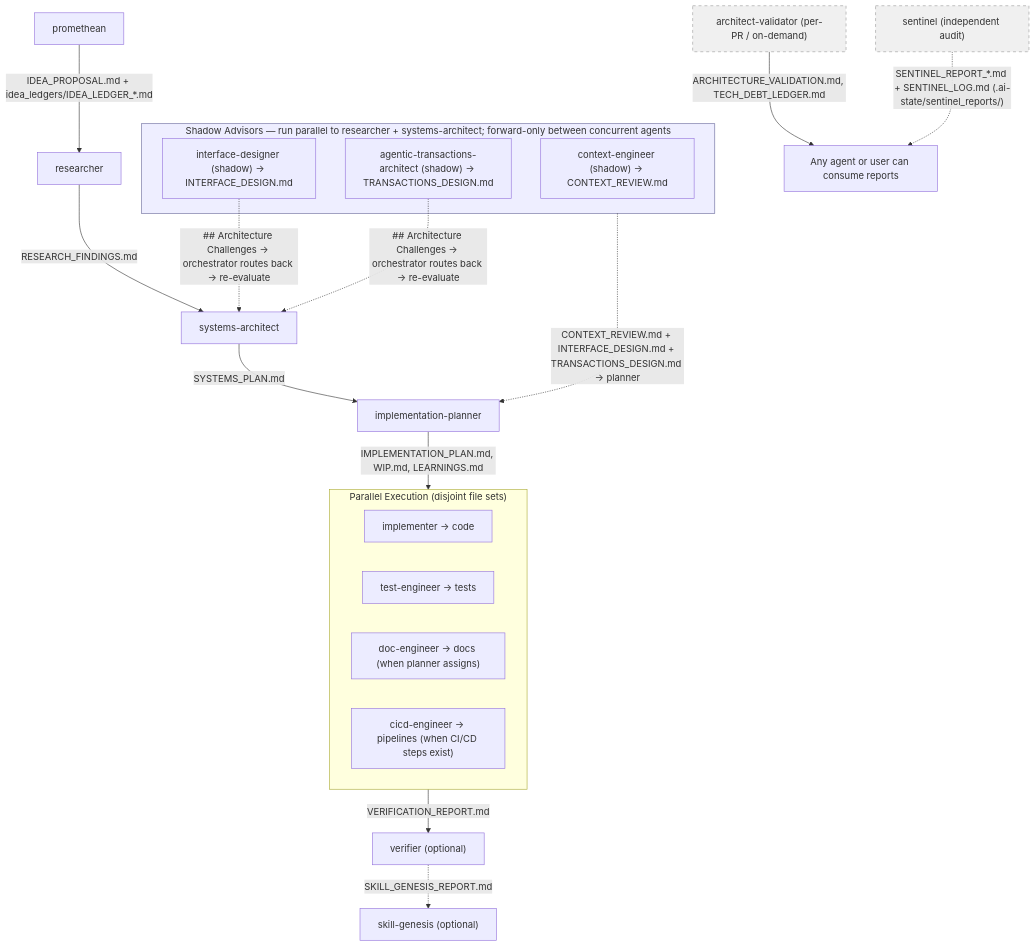
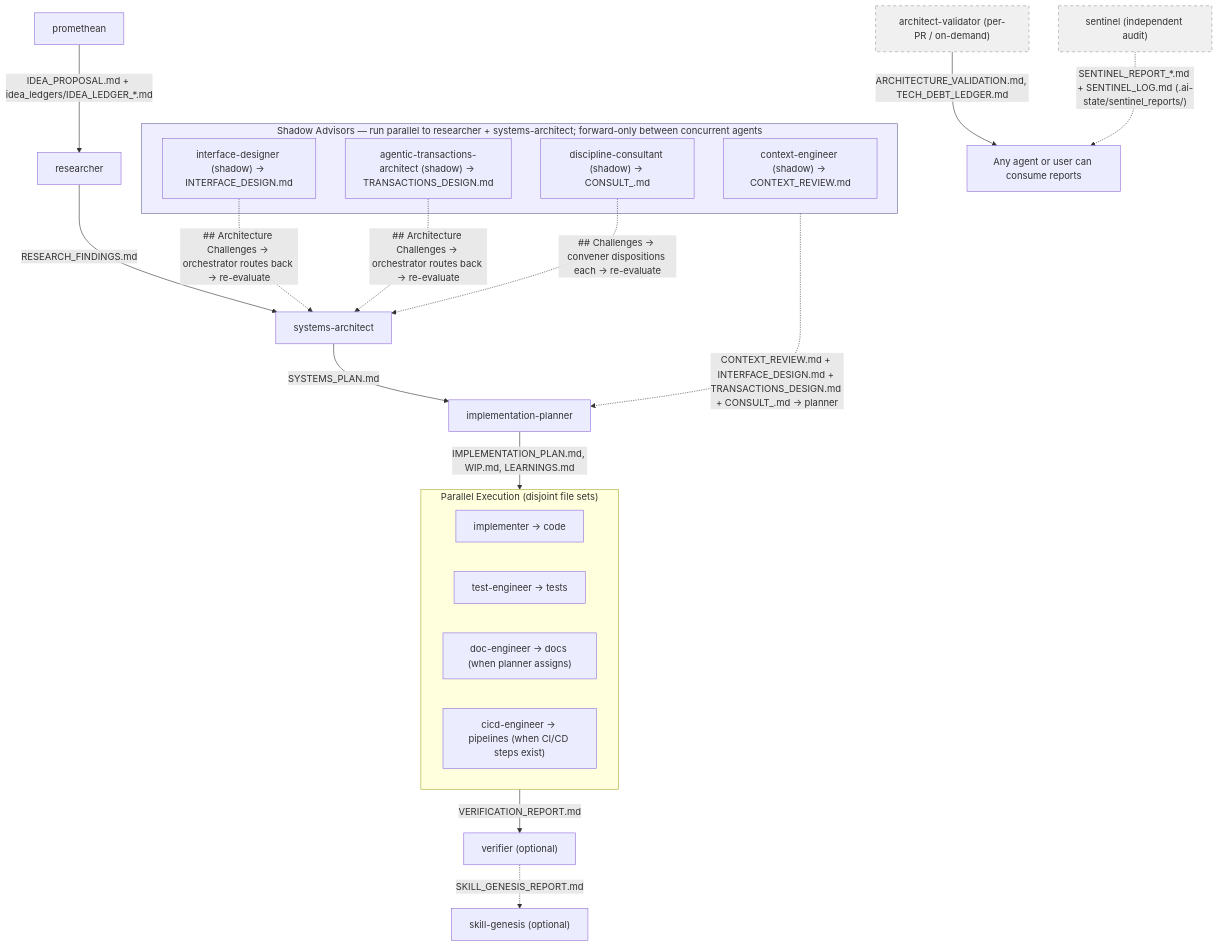
One commit to francisco-perez-sorrosal/praxion changed the diagram in agents/diagrams/agent-pipeline-flowchart/src/agent-pipeline-flowchart.mmd. Above: the diagram before and after it, drawn with Mermaid. The commit also changed 5 other files, not shown here.

First line of the commit message:
docs: flip discipline-consultant from Designed to Built

```diff
--- a/agents/diagrams/agent-pipeline-flowchart/src/agent-pipeline-flowchart.mmd
+++ b/agents/diagrams/agent-pipeline-flowchart/src/agent-pipeline-flowchart.mmd
@@ -1,36 +1,38 @@
 flowchart TD
     P["promethean"] -->|"IDEA_PROPOSAL.md + idea_ledgers/IDEA_LEDGER_*.md"| R
 
     R["researcher"] -->|"RESEARCH_FINDINGS.md"| SA
 
     subgraph SHADOW["Shadow Advisors — run parallel to researcher + systems-architect; forward-only between concurrent agents"]
         CE["context-engineer (shadow) → CONTEXT_REVIEW.md"]
         ID["interface-designer (shadow) → INTERFACE_DESIGN.md"]
         TA["agentic-transactions-architect (shadow) → TRANSACTIONS_DESIGN.md"]
+        DC["discipline-consultant (shadow) → CONSULT_<discipline>.md"]
     end
-    SHADOW -.->|"CONTEXT_REVIEW.md + INTERFACE_DESIGN.md + TRANSACTIONS_DESIGN.md → planner"| IP
+    SHADOW -.->|"CONTEXT_REVIEW.md + INTERFACE_DESIGN.md + TRANSACTIONS_DESIGN.md + CONSULT_<discipline>.md → planner"| IP
     ID -.->|"## Architecture Challenges → orchestrator routes back → re-evaluate"| SA
     TA -.->|"## Architecture Challenges → orchestrator routes back → re-evaluate"| SA
+    DC -.->|"## Challenges → convener dispositions each → re-evaluate"| SA
 
     SA["systems-architect"] -->|"SYSTEMS_PLAN.md"| IP
 
     IP["implementation-planner"] -->|"IMPLEMENTATION_PLAN.md, WIP.md, LEARNINGS.md"| EX
 
     subgraph EX["Parallel Execution (disjoint file sets)"]
         I["implementer → code"]
         TE["test-engineer → tests"]
         DE["doc-engineer → docs (when planner assigns)"]
         CI["cicd-engineer → pipelines (when CI/CD steps exist)"]
     end
 
     EX -->|"VERIFICATION_REPORT.md"| V["verifier (optional)"]
     V -.->|"SKILL_GENESIS_REPORT.md"| SG["skill-genesis (optional)"]
 
     AV["architect-validator (per-PR / on-demand)"] -->|"ARCHITECTURE_VALIDATION.md, TECH_DEBT_LEDGER.md"| ANY
 
     SE["sentinel (independent audit)"]
     SE -.->|"SENTINEL_REPORT_*.md + SENTINEL_LOG.md (.ai-state/sentinel_reports/)"| ANY["Any agent or user can consume reports"]
 
     style SE fill:#f0f0f0,stroke:#999,stroke-dasharray: 5 5
     style AV fill:#f0f0f0,stroke:#999,stroke-dasharray: 5 5
     style SHADOW fill:#eef,stroke:#669
```
